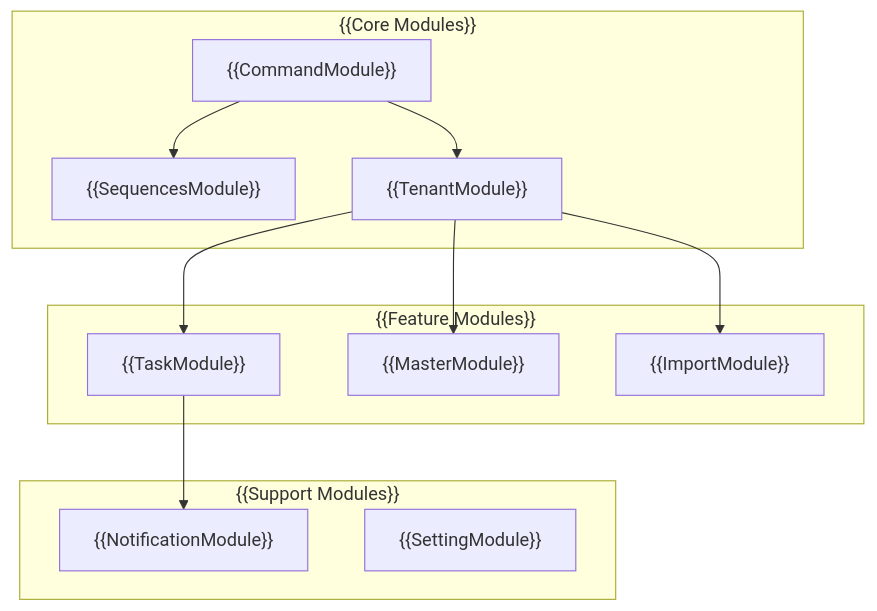
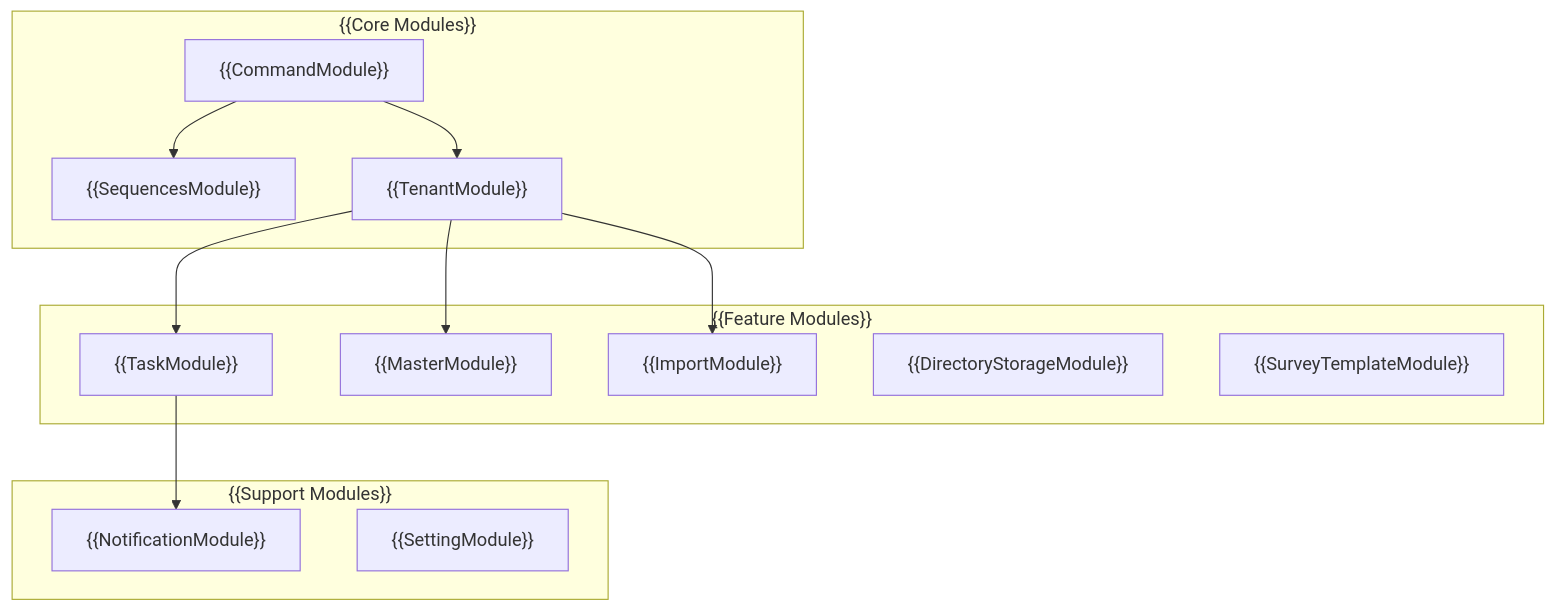
One commit to mbc-net/mbc-cqrs-serverless-doc changed the diagram in docs/api-reference.md. Above: the diagram before and after it, drawn with Mermaid. The commit also changed other lines of this file and 4 other files, not shown here.

First line of the commit message:
docs(api-reference): add DirectoryStorageModule and SurveyTemplateModule to Feature Modules

````diff
--- a/docs/api-reference.md
+++ b/docs/api-reference.md
@@ -11,26 +11,28 @@
 ```mermaid
 graph TB
     subgraph "{{Core Modules}}"
         A["{{CommandModule}}"]
         B["{{SequencesModule}}"]
         C["{{TenantModule}}"]
     end
 
     subgraph "{{Feature Modules}}"
         D["{{TaskModule}}"]
         E["{{MasterModule}}"]
         F["{{ImportModule}}"]
+        G["{{DirectoryStorageModule}}"]
+        H["{{SurveyTemplateModule}}"]
     end
 
     subgraph "{{Support Modules}}"
-        G["{{NotificationModule}}"]
-        H["{{SettingModule}}"]
+        I["{{NotificationModule}}"]
+        J["{{SettingModule}}"]
     end
 
     A --> B
     A --> C
     C --> D
     C --> E
     C --> F
-    D --> G
+    D --> I
 ```
````
